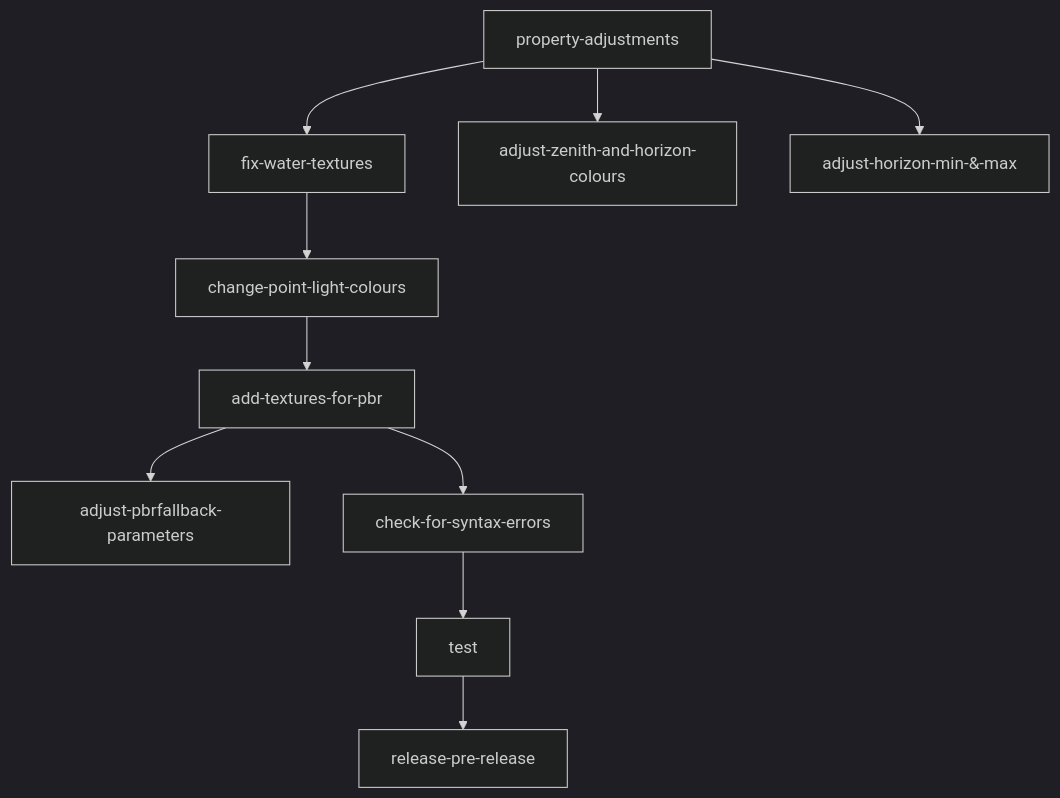
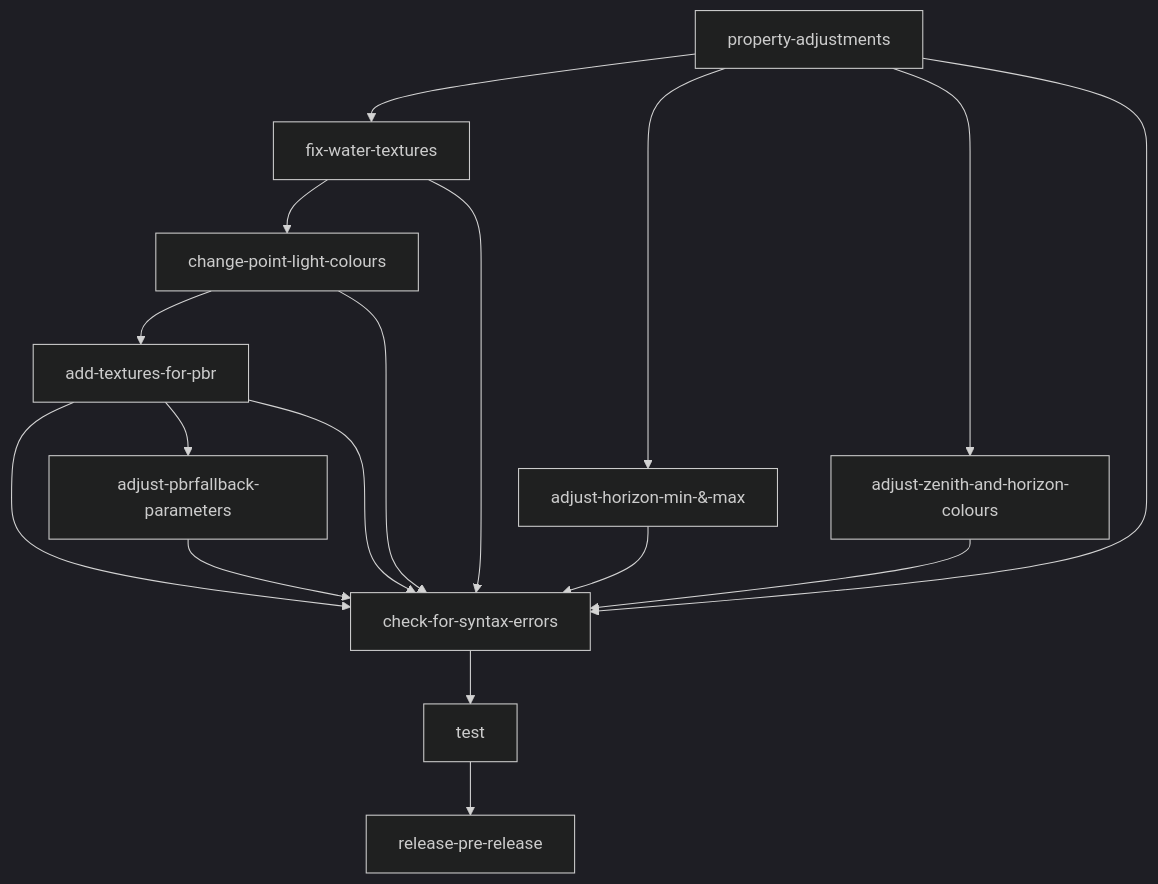
Before and after one commit to noirvaze/NADIRS: the diagram in README.md, drawn with Mermaid (dark theme). The commit also changed other lines of this file, not shown here.

Commit message:
Revise task statuses and add syntax error checks
Updated task statuses and added syntax error checks.

````diff
--- a/README.md
+++ b/README.md
@@ -12,12 +12,19 @@
 ```mermaid
 graph TD;
     property-adjustments-->fix-water-textures;
     property-adjustments-->adjust-zenith-and-horizon-colours;
     property-adjustments-->adjust-horizon-min-&-max;
     fix-water-textures-->change-point-light-colours;
     change-point-light-colours-->add-textures-for-pbr;
 add-textures-for-pbr-->adjust-pbrfallback-parameters;
     add-textures-for-pbr-->check-for-syntax-errors;
 check-for-syntax-errors-->test;
+adjust-pbrfallback-parameters-->check-for-syntax-errors;
+add-textures-for-pbr-->check-for-syntax-errors;
+change-point-light-colours-->check-for-syntax-errors;
+fix-water-textures-->check-for-syntax-errors;
+adjust-horizon-min-&-max-->check-for-syntax-errors;
+adjust-zenith-and-horizon-colours-->check-for-syntax-errors;
+property-adjustments-->check-for-syntax-errors;
 test-->release-pre-release;
 ```
````
